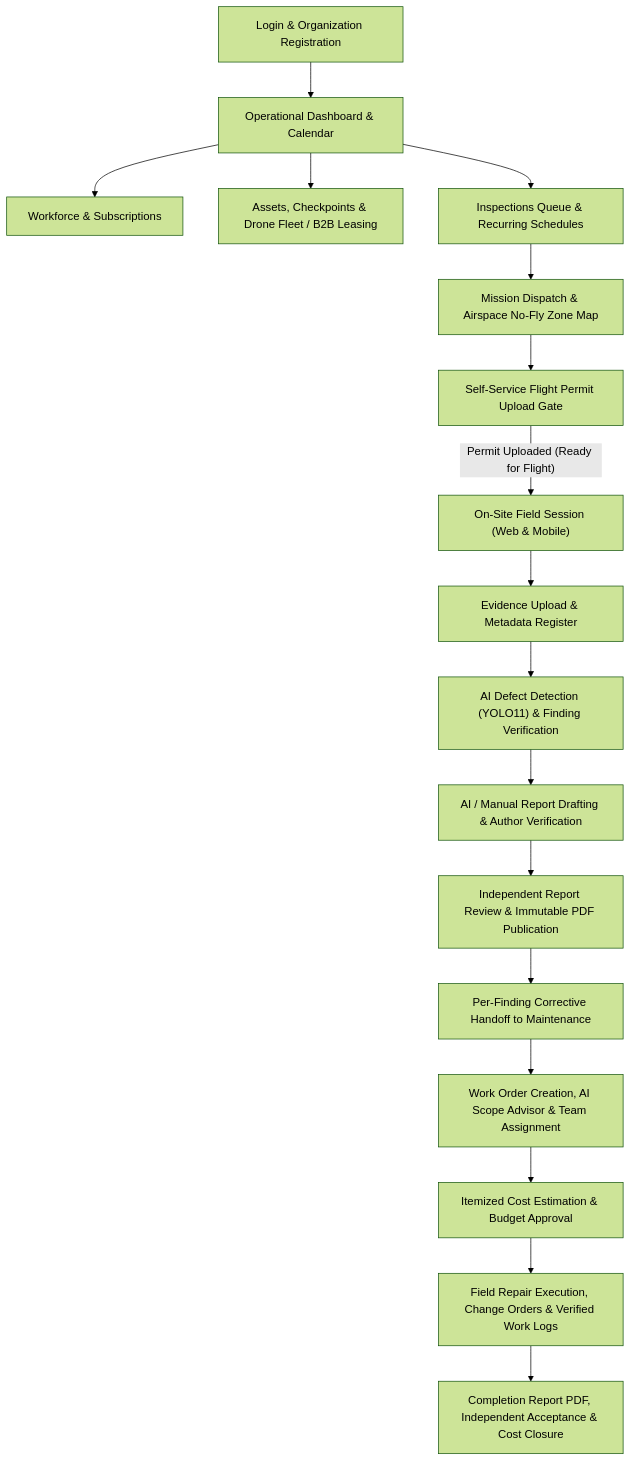
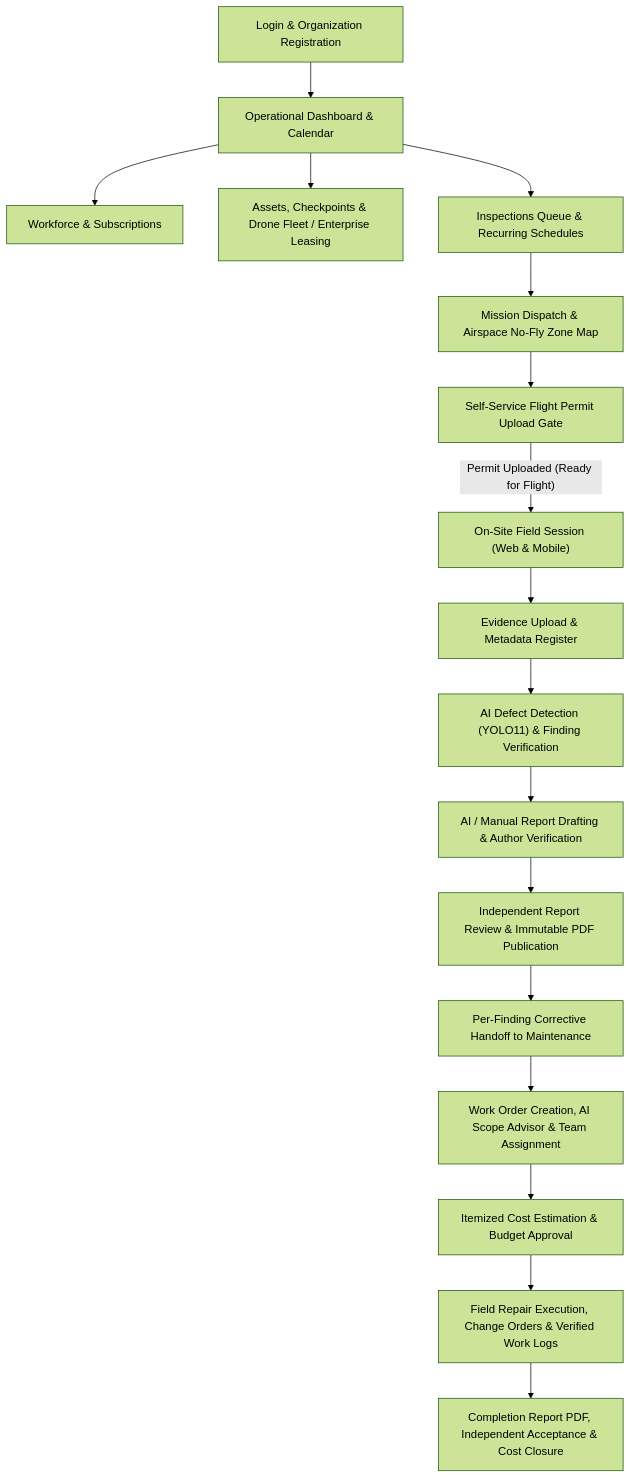
The first of 26 diagrams in reports/report-3-software-requirement-specification/03-functional-requirements.md (tungbach12/SmartDroneInspection-Docs), drawn with Mermaid (forest theme) before and after one commit. The commit also changed other lines of this file and 41 other files, not shown here.

````diff
--- a/reports/report-3-software-requirement-specification/03-functional-requirements.md
+++ b/reports/report-3-software-requirement-specification/03-functional-requirements.md
@@ -16,25 +16,25 @@
 ```mermaid
 %% title: Screens Flow Diagram
 flowchart TD
   LOGIN["Login & Organization Registration"] --> DASH["Operational Dashboard & Calendar"]
 
   DASH --> WORKFORCE["Workforce & Subscriptions"]
-  DASH --> ASSETS["Assets, Checkpoints & Drone Fleet / B2B Leasing"]
+  DASH --> ASSETS["Assets, Checkpoints & Drone Fleet / Enterprise Leasing"]
   DASH --> SCHED["Inspections Queue & Recurring Schedules"]
 
   SCHED --> DISPATCH["Mission Dispatch & Airspace No-Fly Zone Map"]
   DISPATCH --> PERMIT["Self-Service Flight Permit Upload Gate"]
   PERMIT -->|"Permit Uploaded (Ready for Flight)"| FIELD["On-Site Field Session (Web & Mobile)"]
 
   FIELD --> EVIDENCE["Evidence Upload & Metadata Register"]
   EVIDENCE --> YOLO["AI Defect Detection (YOLO11) & Finding Verification"]
   YOLO --> REPORT_DRAFT["AI / Manual Report Drafting & Author Verification"]
 
   REPORT_DRAFT --> REPORT_REV["Independent Report Review & Immutable PDF Publication"]
   REPORT_REV --> HANDOFF["Per-Finding Corrective Handoff to Maintenance"]
 
   HANDOFF --> WO_PLAN["Work Order Creation, AI Scope Advisor & Team Assignment"]
   WO_PLAN --> WO_EST["Itemized Cost Estimation & Budget Approval"]
   WO_EST --> WO_EXEC["Field Repair Execution, Change Orders & Verified Work Logs"]
   WO_EXEC --> WO_CLOSE["Completion Report PDF, Independent Acceptance & Cost Closure"]
 ```
````
